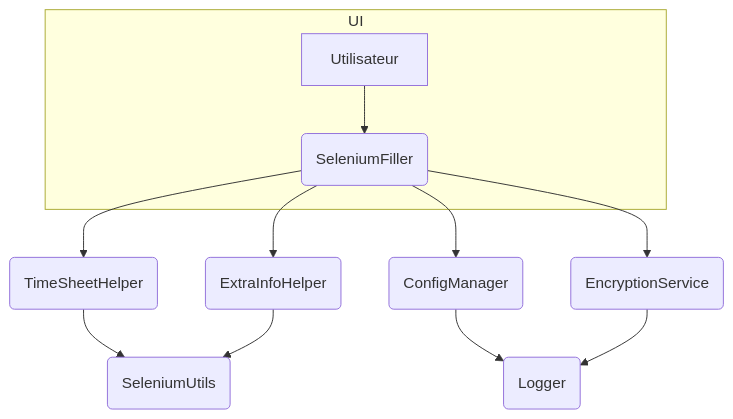
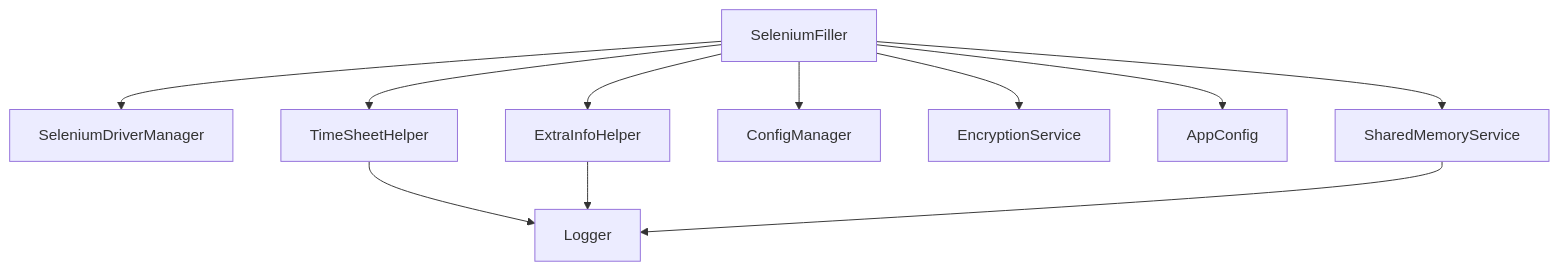
One commit to Fr3doo/sele_saisie_auto changed the diagram in docs/reference/architecture.md. Above: the diagram before and after it, drawn with Mermaid. The commit also changed other lines of this file, not shown here.

Commit message:
docs: clarifie architecture

````diff
--- a/docs/reference/architecture.md
+++ b/docs/reference/architecture.md
@@ -13,14 +23,13 @@
 ```mermaid
-graph TD
-    subgraph UI
-        A[Utilisateur] --> B(SeleniumFiller)
-    end
-    B --> C(TimeSheetHelper)
-    B --> D(ExtraInfoHelper)
-    B --> E(ConfigManager)
-    B --> F(EncryptionService)
-    C --> G(SeleniumUtils)
-    D --> G
-    E --> H(Logger)
-    F --> H
+flowchart TD
+    SeleniumFiller --> SeleniumDriverManager
+    SeleniumFiller --> TimeSheetHelper
+    SeleniumFiller --> ExtraInfoHelper
+    SeleniumFiller --> ConfigManager
+    SeleniumFiller --> EncryptionService
+    SeleniumFiller --> AppConfig
+    SeleniumFiller --> SharedMemoryService
+    TimeSheetHelper --> Logger
+    ExtraInfoHelper --> Logger
+    SharedMemoryService --> Logger
 ```
````
